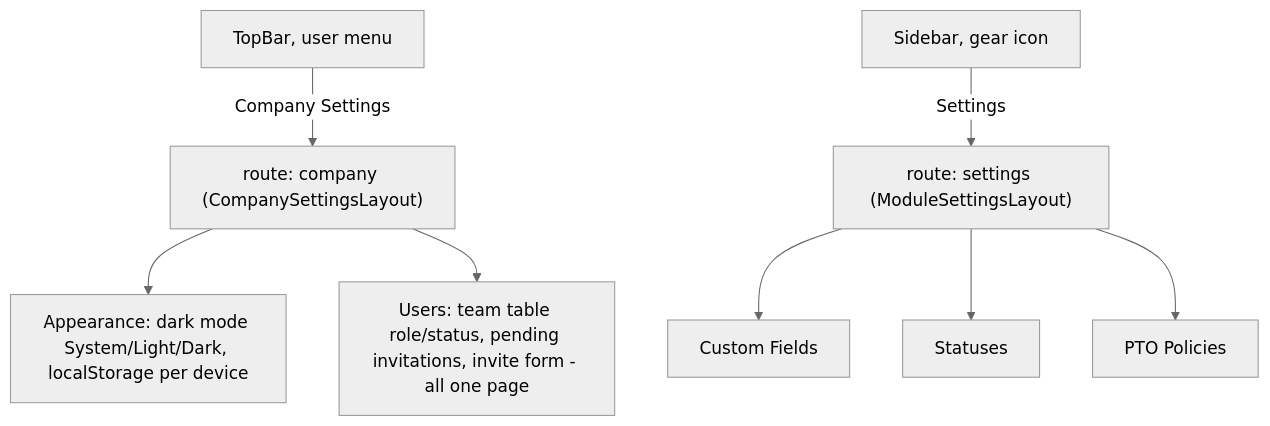
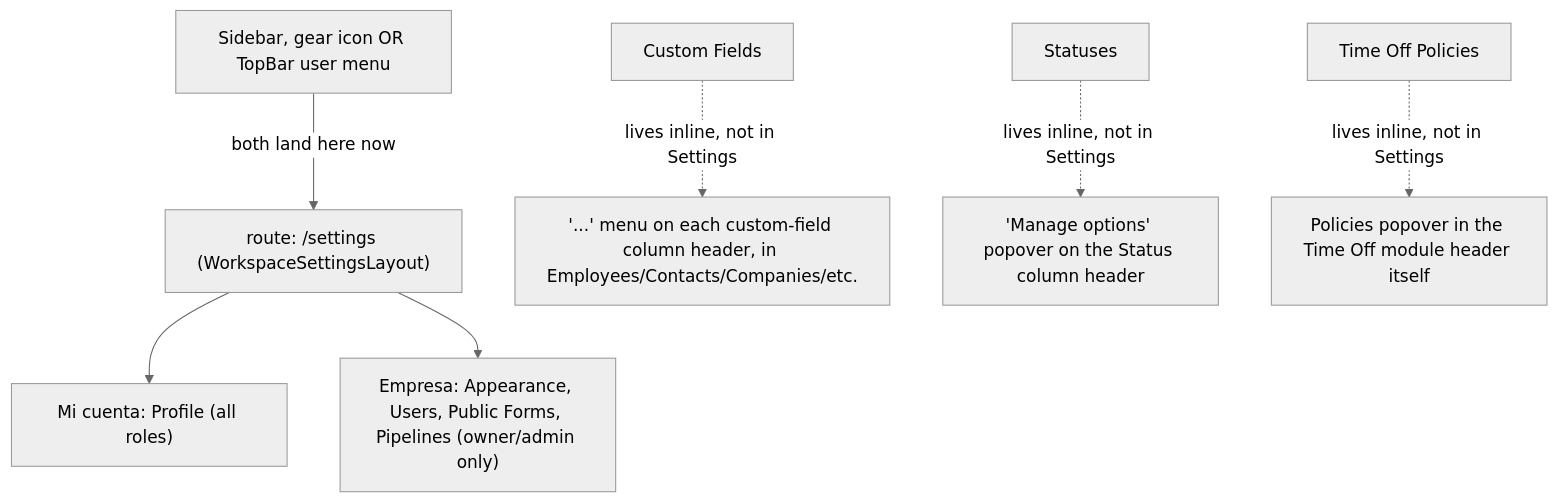
The sixth of 13 diagrams in docs/current-process-flow.md (ABravo2025/northstack), drawn with Mermaid (neutral theme) before and after one commit. The commit also changed other lines of this file and 5 other files, not shown here.

First line of the commit message:
Update docs, context, process, and DB schema for Clients redesign + router split

````diff
--- a/docs/current-process-flow.md
+++ b/docs/current-process-flow.md
@@ -135,11 +137,10 @@
 ```mermaid
 flowchart TD
-  A[TopBar, user menu] -->|"Company Settings"| B["route: company (CompanySettingsLayout)"]
-  B --> C[Appearance: dark mode System/Light/Dark, localStorage per device]
-  B --> D[Users: team table role/status, pending invitations, invite form - all one page]
+  A[Sidebar, gear icon OR TopBar user menu] -->|both land here now| B["route: /settings (WorkspaceSettingsLayout)"]
+  B --> C["Mi cuenta: Profile (all roles)"]
+  B --> D["Empresa: Appearance, Users, Public Forms, Pipelines (owner/admin only)"]
 
-  E[Sidebar, gear icon] -->|"Settings"| F["route: settings (ModuleSettingsLayout)"]
-  F --> G[Custom Fields]
-  F --> H[Statuses]
-  F --> I[PTO Policies]
+  E[Custom Fields] -.->|lives inline, not in Settings| F["'...' menu on each custom-field column header, in Employees/Contacts/Companies/etc."]
+  G[Statuses] -.->|lives inline, not in Settings| H["'Manage options' popover on the Status column header"]
+  I[Time Off Policies] -.->|lives inline, not in Settings| J["Policies popover in the Time Off module header itself"]
 ```
````
